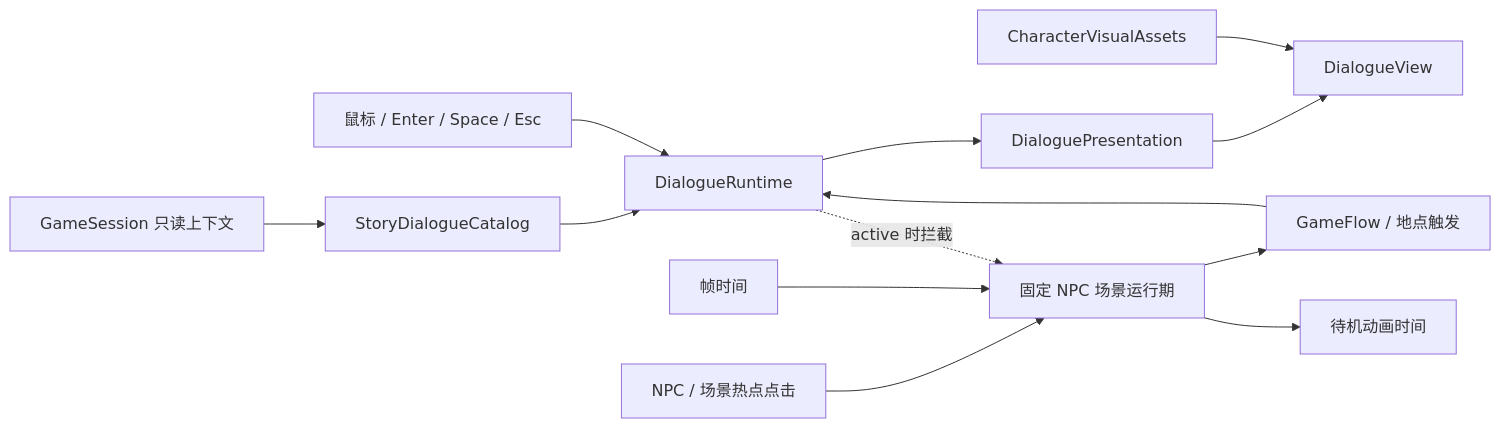
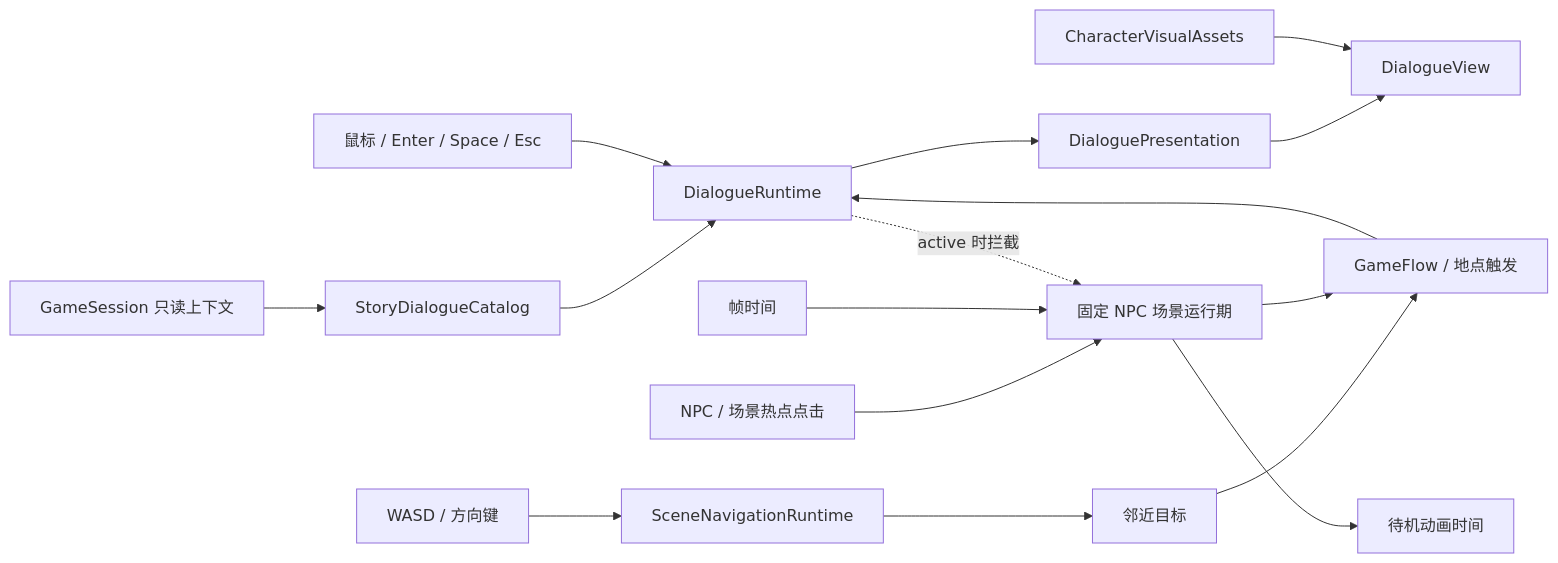
The diagram in docs/CHARACTER_DIALOGUE_PLAN.md (ljm-hsw/-666), drawn with Mermaid before and after one commit. The commit also changed other lines of this file and 27 other files, not shown here.

````diff
--- a/docs/CHARACTER_DIALOGUE_PLAN.md
+++ b/docs/CHARACTER_DIALOGUE_PLAN.md
@@ -65,15 +65,18 @@
 ```mermaid
 flowchart LR
     Session["GameSession 只读上下文"] --> Catalog["StoryDialogueCatalog"]
     Trigger["GameFlow / 地点触发"] --> Runtime["DialogueRuntime"]
     Catalog --> Runtime
     Runtime --> Presentation["DialoguePresentation"]
     Presentation --> View["DialogueView"]
     Assets["CharacterVisualAssets"] --> View
     Input["鼠标 / Enter / Space / Esc"] --> Runtime
+    Move["WASD / 方向键"] --> Navigation["SceneNavigationRuntime"]
+    Navigation --> Near["邻近目标"]
+    Near --> Trigger
     Click["NPC / 场景热点点击"] --> FixedNpc["固定 NPC 场景运行期"]
     Delta["帧时间"] --> FixedNpc
     FixedNpc --> Idle["待机动画时间"]
     FixedNpc --> Trigger
     Runtime -.->|active 时拦截| FixedNpc
 ```
````
